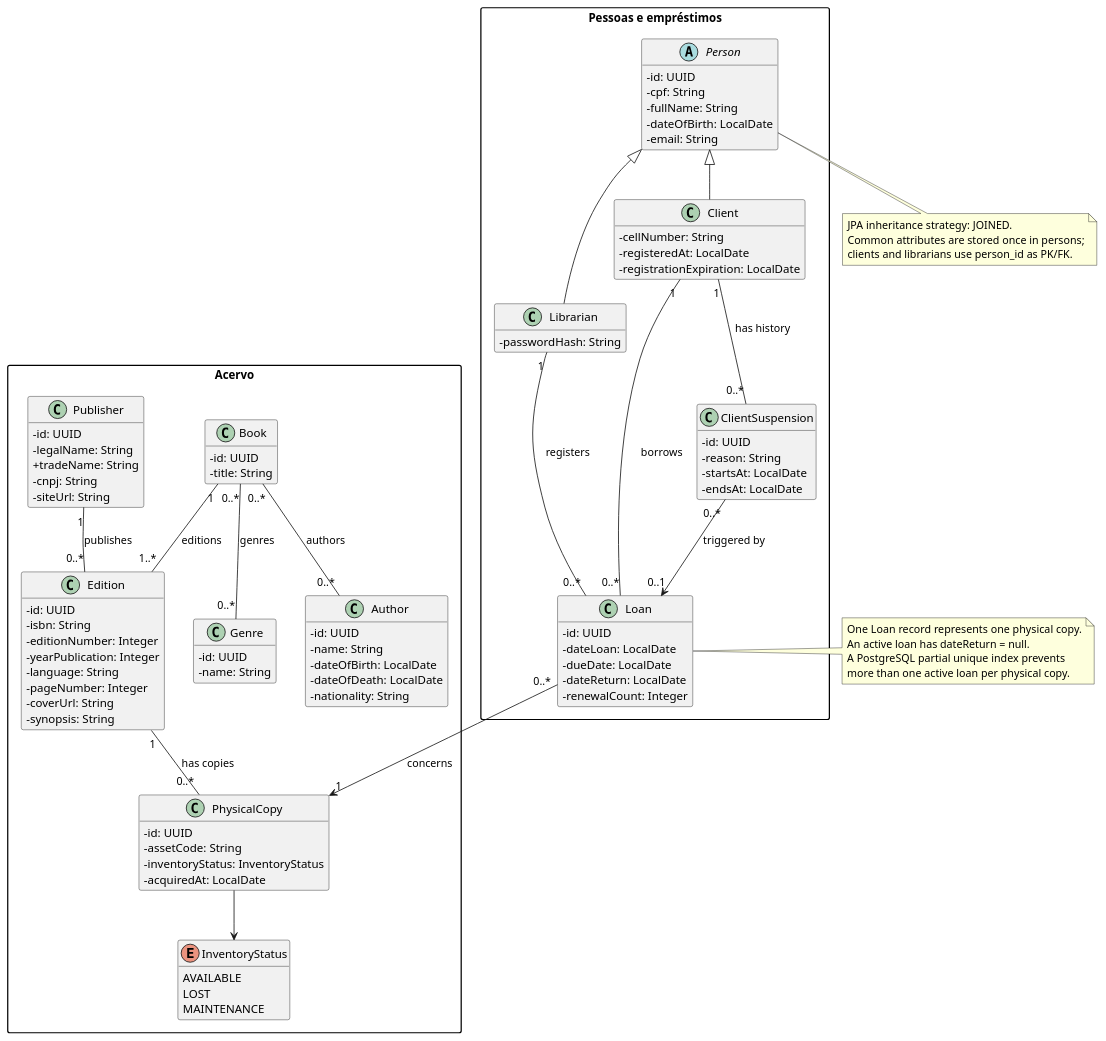
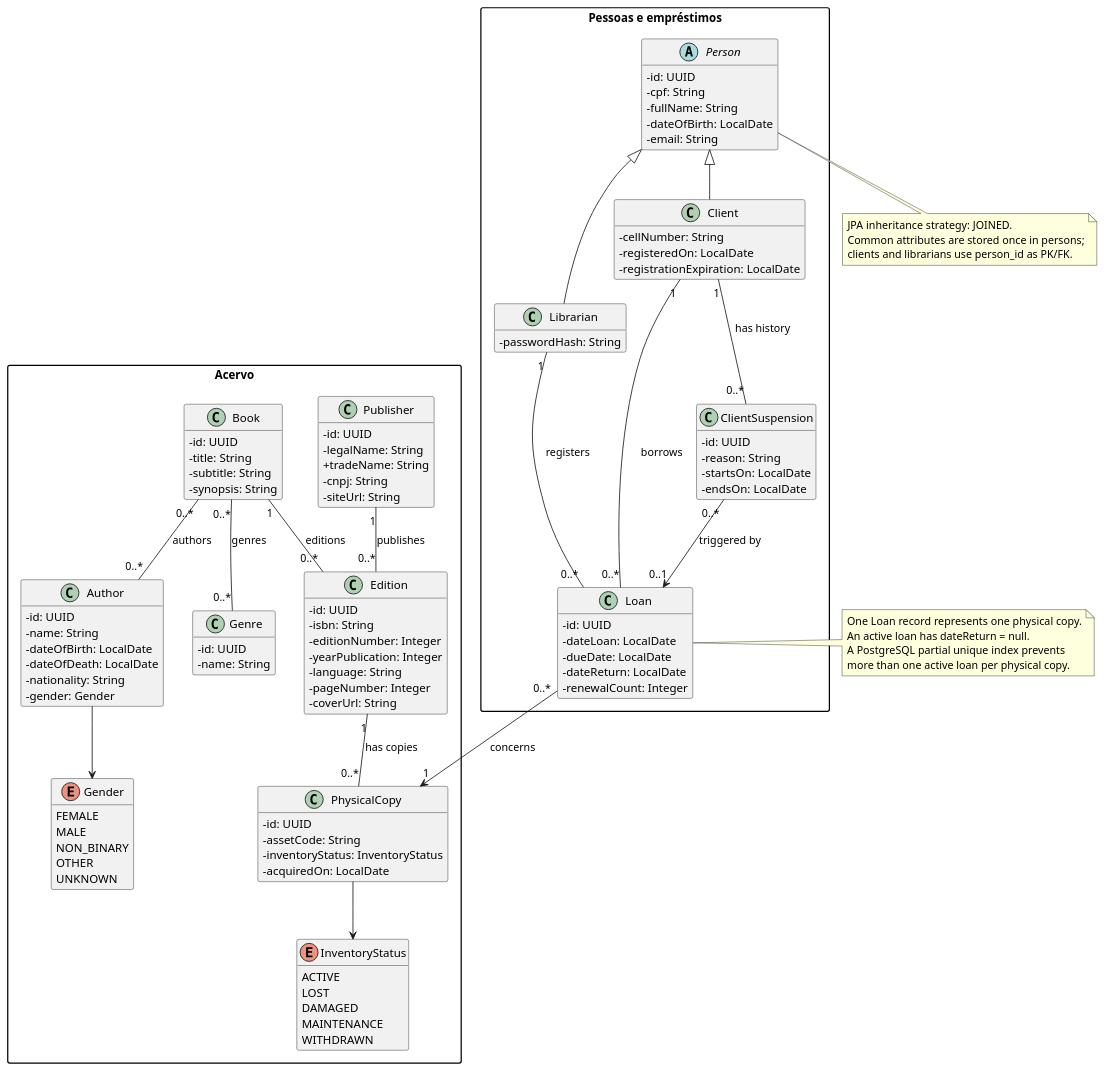
One commit to JoseCarlos67/BibliOneTeca-App changed the diagram in docs/domain.puml. Above: the diagram before and after it, drawn with PlantUML.

```diff
--- a/docs/domain.puml
+++ b/docs/domain.puml
@@ -1,108 +1,120 @@
 @startuml
 hide empty methods
 skinparam classAttributeIconSize 0
 skinparam packageStyle rectangle
 
 package "Acervo" {
   class Book {
     -id: UUID
     -title: String
+    -subtitle: String
+    -synopsis: String
   }
   class Author {
     -id: UUID
     -name: String
     -dateOfBirth: LocalDate
     -dateOfDeath: LocalDate
     -nationality: String
+    -gender: Gender
   }
   class Genre {
     -id: UUID
     -name: String
   }
   class Publisher {
     -id: UUID
     -legalName: String
     +tradeName: String
     -cnpj: String
     -siteUrl: String
   }
   class Edition {
     -id: UUID
     -isbn: String
     -editionNumber: Integer
     -yearPublication: Integer
     -language: String
     -pageNumber: Integer
     -coverUrl: String
-    -synopsis: String
   }
   class PhysicalCopy {
     -id: UUID
     -assetCode: String
     -inventoryStatus: InventoryStatus
-    -acquiredAt: LocalDate
+    -acquiredOn: LocalDate
   }
   enum InventoryStatus {
-    AVAILABLE
+    ACTIVE
     LOST
+    DAMAGED
     MAINTENANCE
+    WITHDRAWN
   }
+enum Gender {
+FEMALE
+  MALE
+  NON_BINARY
+  OTHER
+  UNKNOWN
+}
   Book "0..*" -- "0..*" Author : authors
   Book "0..*" -- "0..*" Genre : genres
-  Book "1" -- "1..*" Edition : editions
+  Book "1" -- "0..*" Edition : editions
   Publisher "1" -- "0..*" Edition : publishes
   Edition "1" -- "0..*" PhysicalCopy : has copies
   PhysicalCopy --> InventoryStatus
+  Author --> Gender
 }
 
 package "Pessoas e empréstimos" {
   abstract class Person {
     -id: UUID
     -cpf: String
     -fullName: String
     -dateOfBirth: LocalDate
     -email: String
   }
   class Librarian {
     -passwordHash: String
   }
   class Client {
     -cellNumber: String
-    -registeredAt: LocalDate
+    -registeredOn: LocalDate
     -registrationExpiration: LocalDate
   }
   class Loan {
     -id: UUID
     -dateLoan: LocalDate
     -dueDate: LocalDate
     -dateReturn: LocalDate
     -renewalCount: Integer
   }
   class ClientSuspension {
     -id: UUID
     -reason: String
-    -startsAt: LocalDate
-    -endsAt: LocalDate
+    -startsOn: LocalDate
+    -endsOn: LocalDate
   }
   Person <|-- Librarian
   Person <|-- Client
   Client "1" -- "0..*" Loan : borrows
   Librarian "1" -- "0..*" Loan : registers
   Loan "0..*" --> "1" PhysicalCopy : concerns
   Client "1" -- "0..*" ClientSuspension : has history
   ClientSuspension "0..*" --> "0..1" Loan : triggered by
 }
 
 note right of Loan
   One Loan record represents one physical copy.
   An active loan has dateReturn = null.
   A PostgreSQL partial unique index prevents
   more than one active loan per physical copy.
 end note
 
 note bottom of Person
   JPA inheritance strategy: JOINED.
   Common attributes are stored once in persons;
   clients and librarians use person_id as PK/FK.
 end note
 @enduml
```
